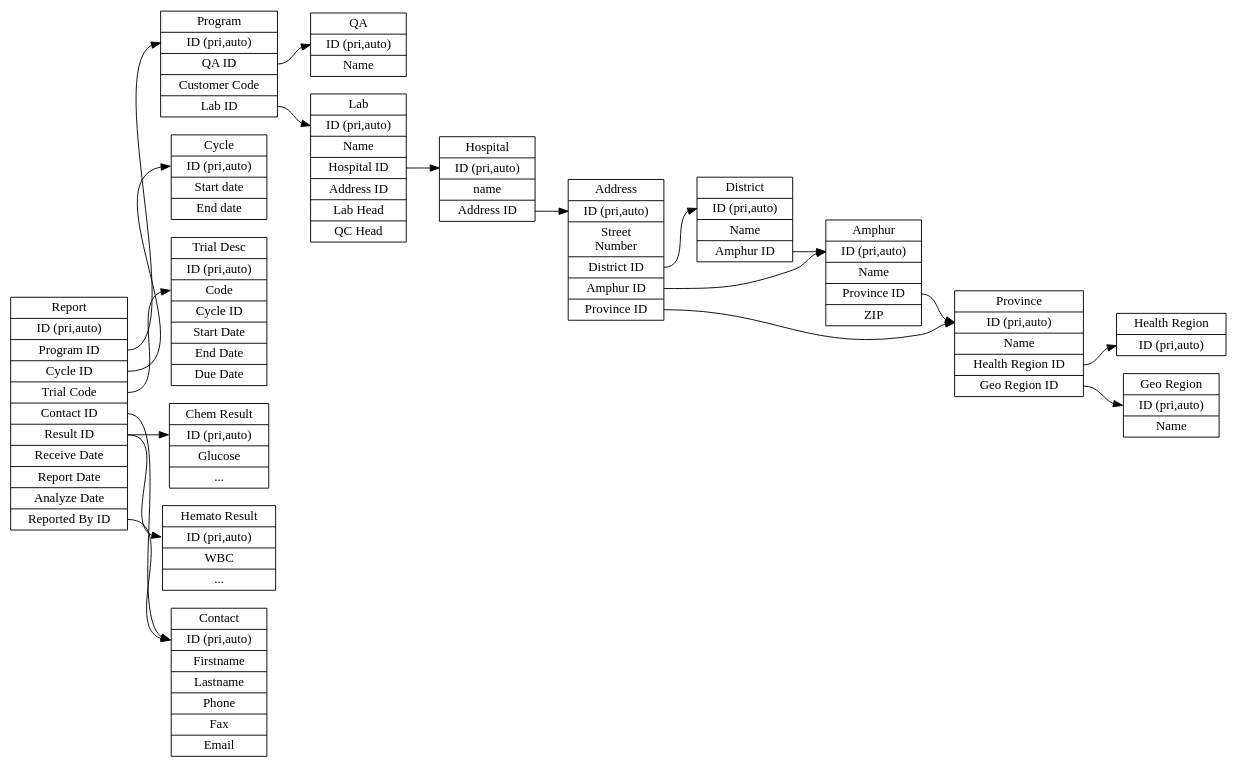
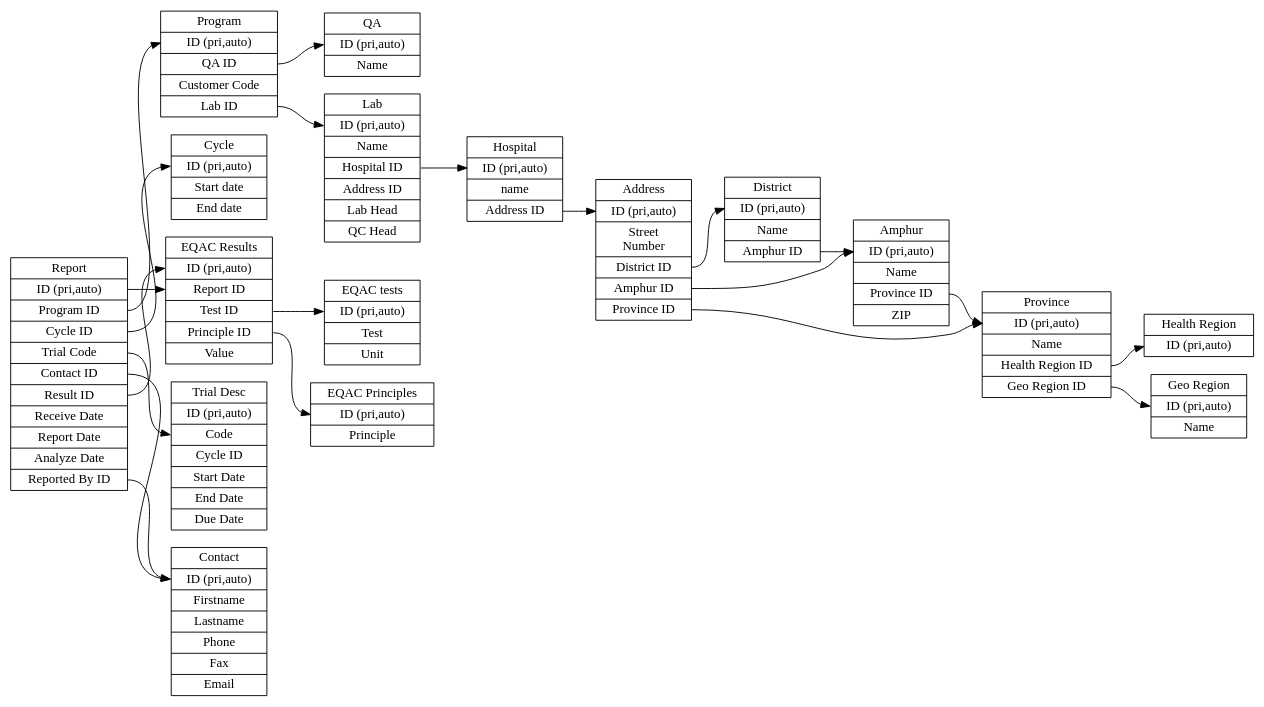
The diagram in customerdb.dot (likit/medtech-ieqa), drawn with Graphviz before and after one commit.

Commit message:
added some more tables

```diff
--- a/customerdb.dot
+++ b/customerdb.dot
@@ -1,46 +1,51 @@
 digraph G {
     graph [rankdir = "LR"];
     "hospital_table" [shape = "record" label = "Hospital|<f1>ID (pri,auto)|name|<f3>Address ID"];
     "address_table" [shape = "record" label="Address|<f1>ID (pri,auto)|Street\nNumber|<f3>District ID|<f4>Amphur ID|<f5>Province ID"];
     "province_table" [shape = "record" label="Province|<f1>ID (pri,auto)|Name|<f3>Health Region ID|<f4>Geo Region ID"];
     "amphur_table" [shape="record" label="Amphur|<f1>ID (pri,auto)|Name|<f3>Province ID|ZIP"];
     "district_table" [shape="record" label="District|<f1>ID (pri,auto)|Name|<f3>Amphur ID"];
     "health_region_table" [shape="record" label="Health Region|<f1>ID (pri,auto)"];
     "geo_region_table" [shape="record" label="Geo Region|<f1>ID (pri,auto)|Name"];
 
     "lab_table" [shape="record" label="Lab|<f1>ID (pri,auto)|Name|<f3>Hospital ID|Address ID|Lab Head|QC Head"];
     "contact_table" [shape="record" label="Contact|<f1>ID (pri,auto)|Firstname|Lastname|Phone|Fax|Email"];
     "program_table" [shape="record" label="Program|<f1>ID (pri,auto)|<f2>QA ID|<f3>Customer Code|<f4>Lab ID"];
 
     "cycle_table" [shape="record" label="Cycle|<f1>ID (pri,auto)|Start date|End date"];
     "report_table" [shape="record" label="Report|<f1>ID (pri,auto)|<f2>Program ID|<f3>Cycle ID|<f4>Trial Code|<f5>Contact ID|<f6>Result ID|Receive Date|Report Date|Analyze Date|<f10>Reported By ID"];
     "trial_desc_table" [shape="record" label="Trial Desc|<f1>ID (pri,auto)|<f2>Code|<f3>Cycle ID|Start Date|End Date|Due Date"];
     "qa_table" [shape="record" label="QA|<f1>ID (pri,auto)|Name"]
 
-    "chem_result_table" [shape="record" label="Chem Result|<f1>ID (pri,auto)|Glucose|..."];
-    "hemato_result_table" [shape="record" label="Hemato Result|<f1>ID (pri,auto)|WBC|..."];
-
     "address_table":f3 -> "district_table":f1;
     "address_table":f4 -> "amphur_table":f1;
     "address_table":f5 -> "province_table":f1;
 
     "hospital_table":f3 -> "address_table":f1;
 
     "amphur_table":f3 -> "province_table":f1;
     "district_table":f3 -> "amphur_table":f1;
 
     "province_table":f3 -> "health_region_table":f1;
     "province_table":f4 -> "geo_region_table":f1;
 
     "report_table":f3 -> "cycle_table":f1
     "report_table":f4 -> "trial_desc_table":f2
     "report_table":f5 -> "contact_table":f1;
     "report_table":f6 -> "chem_result_table":f1;
-    "report_table":f6 -> "hemato_result_table":f1;
 
     "report_table":f2 -> "program_table":f1;
     "report_table":f10 -> "contact_table":f1;
     "program_table":f4 -> "lab_table":f1;
     "program_table":f2 -> "qa_table":f1;
     "lab_table":f3 -> "hospital_table":f1;
+
+    "chem_result_table" [shape="record" label="EQAC Results|<f1>ID (pri,auto)|<f2>Report ID|<f3>Test ID|<f4>Principle ID|Value"]
+    "report_table":f1 -> "chem_result_table":f2;
+
+    "chem_test_table" [shape="record" label="EQAC tests|<f1>ID (pri,auto)|<f2>Test|Unit"];
+    "chem_result_table":f3 -> "chem_test_table":f1;
+
+    "chem_principle_table" [shape="record" label="EQAC Principles|<f1>ID (pri,auto)|<f2>Principle"];
+    "chem_result_table":f4 -> "chem_principle_table":f1;
 }
```
